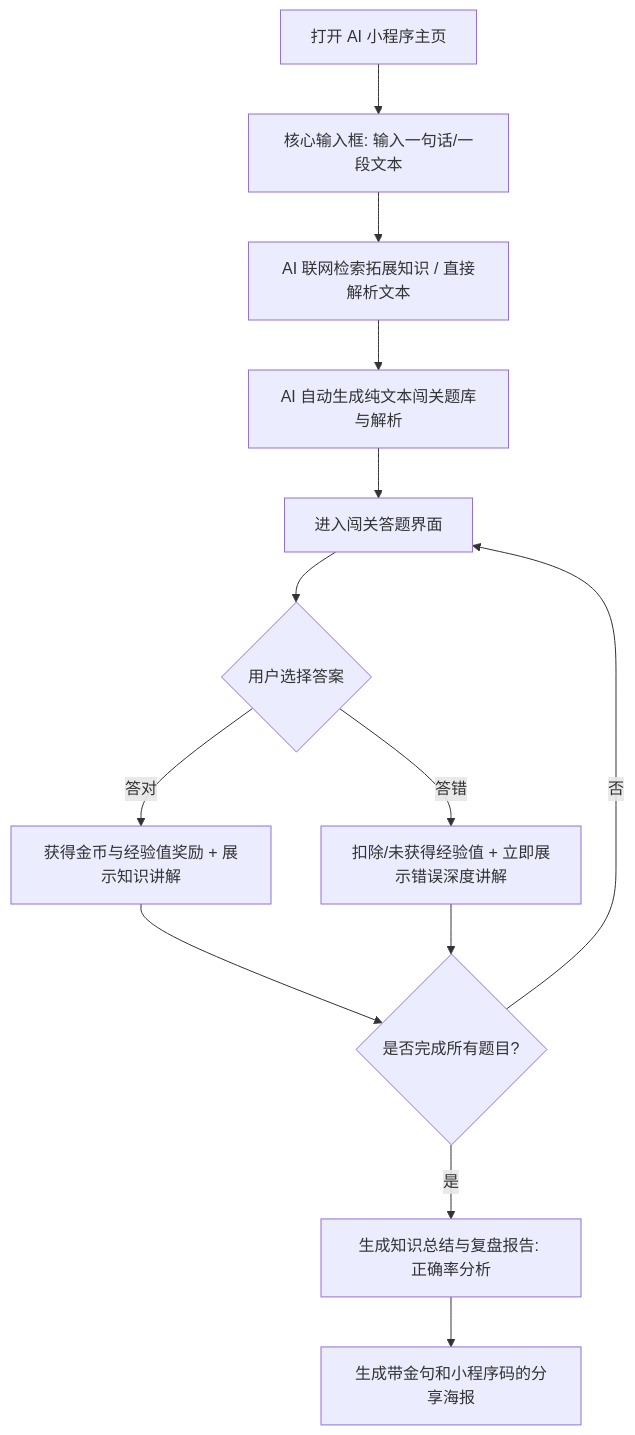
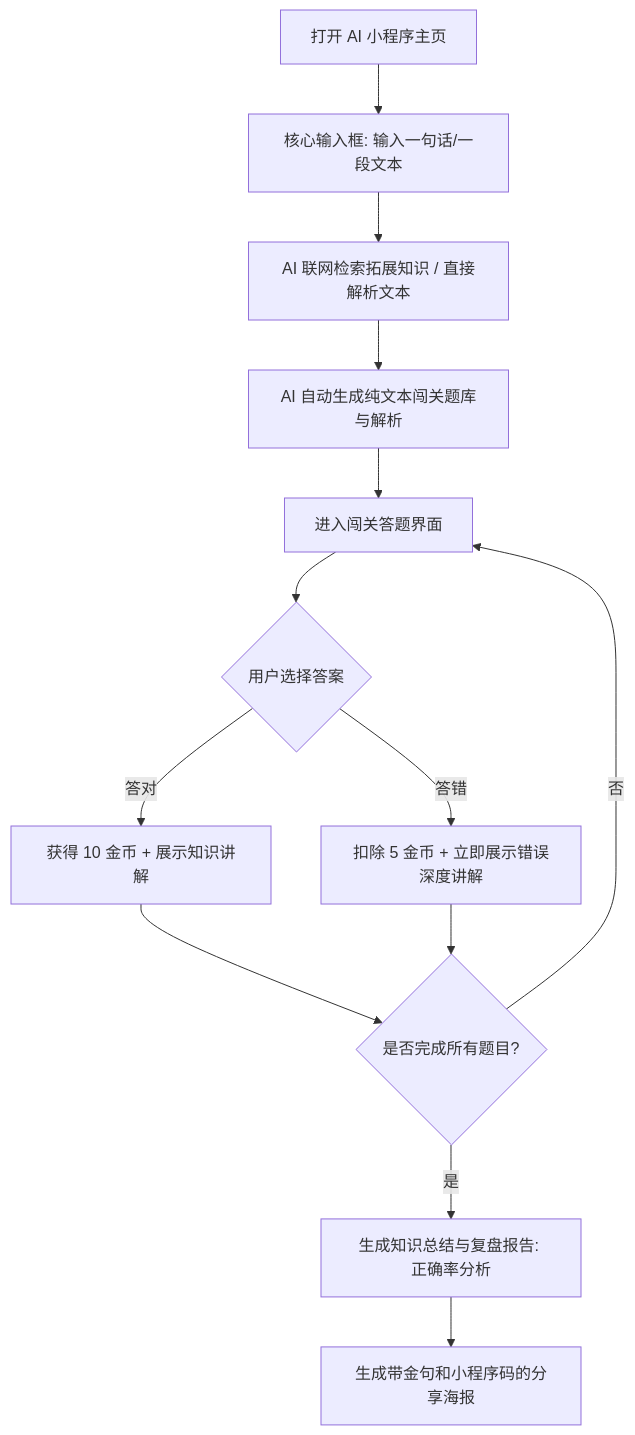
One commit to fo11ow-me/ai-learn changed the diagram in docs/需求分析文档.md. Above: the diagram before and after it, drawn with Mermaid. The commit also changed other lines of this file and 3 other files, not shown here.

````diff
--- a/docs/需求分析文档.md
+++ b/docs/需求分析文档.md
@@ -62,15 +61,15 @@
 ```mermaid
 graph TD
     A[打开 AI 小程序主页] --> B[核心输入框: 输入一句话/一段文本]
     B --> C[AI 联网检索拓展知识 / 直接解析文本]
     C --> D[AI 自动生成纯文本闯关题库与解析]
     D --> E[进入闯关答题界面]
     E --> F{用户选择答案}
-    F -->|答对| G[获得金币与经验值奖励 + 展示知识讲解]
-    F -->|答错| H[扣除/未获得经验值 + 立即展示错误深度讲解]
+    F -->|答对| G[获得 10 金币 + 展示知识讲解]
+    F -->|答错| H[扣除 5 金币 + 立即展示错误深度讲解]
     G --> I{是否完成所有题目?}
     H --> I
     I -->|否| E
     I -->|是| J[生成知识总结与复盘报告: 正确率分析]
     J --> K[生成带金句和小程序码的分享海报]
 ```
````
